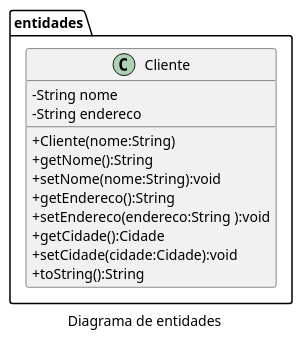
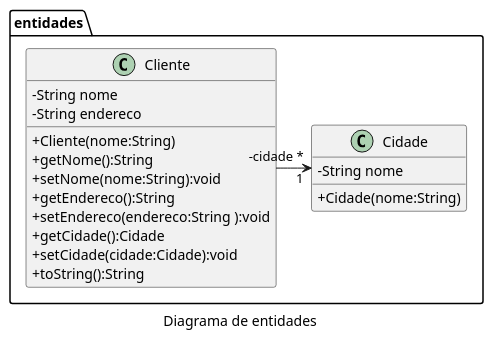
The diagram in FSO2024-2-POO/diagramas/classes.puml (waltercoan/FSO2024-2), drawn with PlantUML before and after one commit. The commit also changed 9 other files, not shown here.

```diff
--- a/FSO2024-2-POO/diagramas/classes.puml
+++ b/FSO2024-2-POO/diagramas/classes.puml
@@ -1,18 +1,24 @@
 @startuml
 skinparam classAttributeIconSize 0
 ' left to right direction
 caption Diagrama de entidades
 namespace entidades {
     class Cliente {
         - String nome
         - String endereco
         + Cliente(nome:String)
         + getNome():String
         + setNome(nome:String):void
         + getEndereco():String
         + setEndereco(endereco:String ):void
         + getCidade():Cidade
         + setCidade(cidade:Cidade):void
         + toString():String
     }
+    class Cidade {
+        - String nome
+        + Cidade(nome:String)
+    }
+
+    Cliente "-cidade *" -> "1" Cidade
 @enduml
```
